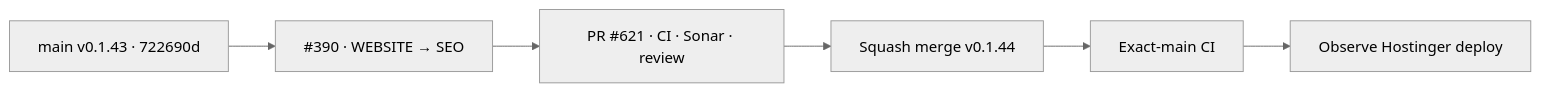
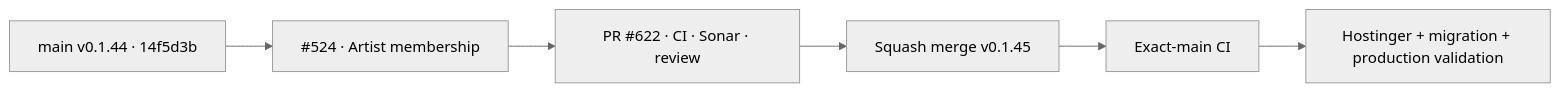
One commit to pl0n3r/brvtal changed the diagram in README.md. Above: the diagram before and after it, drawn with Mermaid (neutral theme). The commit also changed other lines of this file and 41 other files, not shown here.

````diff
--- a/README.md
+++ b/README.md
@@ -54,8 +53,8 @@
 ```mermaid
 flowchart LR
- B["main v0.1.43 · 722690d"] --> S["#390 · WEBSITE → SEO"]
- S --> P["PR #621 · CI · Sonar · review"]
- P --> M["Squash merge v0.1.44"]
+ B["main v0.1.44 · 14f5d3b"] --> S["#524 · Artist membership"]
+ S --> P["PR #622 · CI · Sonar · review"]
+ P --> M["Squash merge v0.1.45"]
  M --> X["Exact-main CI"]
- X --> D["Observe Hostinger deploy"]
+ X --> D["Hostinger + migration + production validation"]
 ```
````
